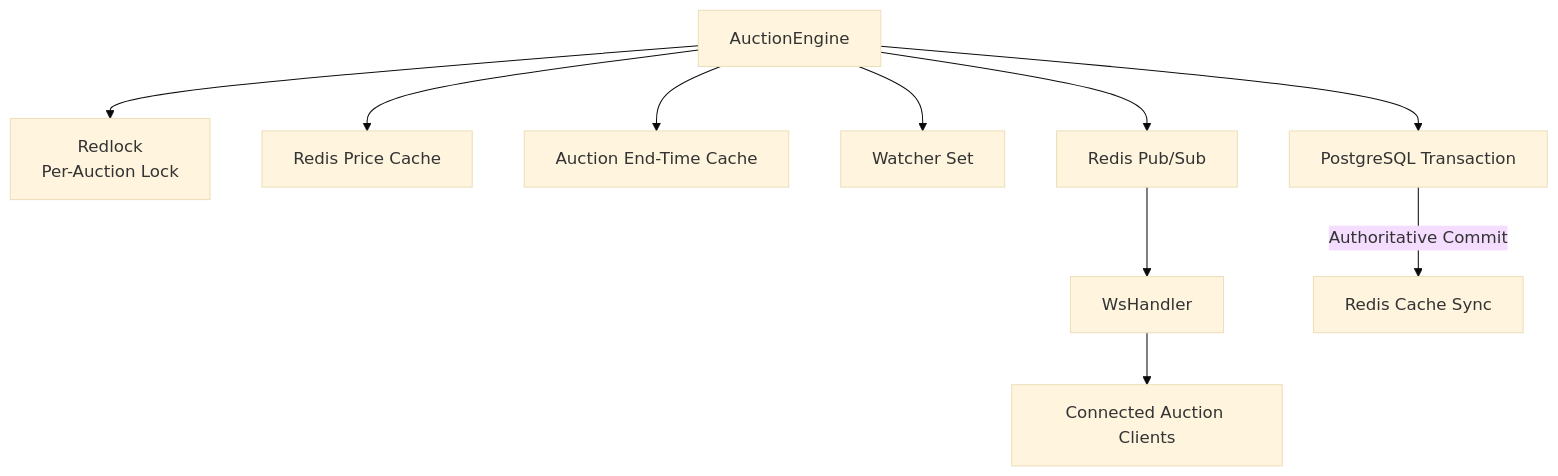
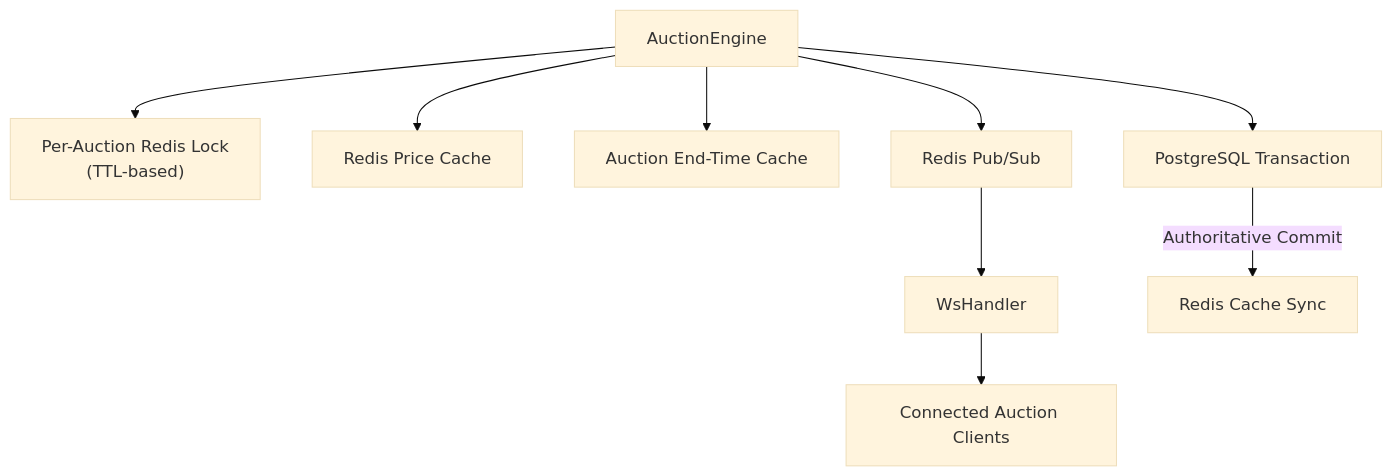
Before and after one commit to ghadi0alzhrani0/Mezyad: the fifth of 12 diagrams in Stage_3/Report.MD, drawn with Mermaid (base theme). The commit also changed other lines of this file, not shown here.

````diff
--- a/Stage_3/Report.MD
+++ b/Stage_3/Report.MD
@@ -491,13 +486,12 @@
 ```mermaid
 flowchart TD
     AuctionEngine["AuctionEngine"]
-    AuctionEngine --> Lock["Redlock<br/>Per-Auction Lock"]
+    AuctionEngine --> Lock["Per-Auction Redis Lock<br/>(TTL-based)"]
     AuctionEngine --> Price["Redis Price Cache"]
     AuctionEngine --> End["Auction End-Time Cache"]
-    AuctionEngine --> Watchers["Watcher Set"]
     AuctionEngine --> PubSub["Redis Pub/Sub"]
     PubSub --> WsHandler["WsHandler"]
     WsHandler --> Clients["Connected Auction Clients"]
     AuctionEngine --> PG["PostgreSQL Transaction"]
     PG -->|"Authoritative Commit"| RedisSync["Redis Cache Sync"]
 ```
````
